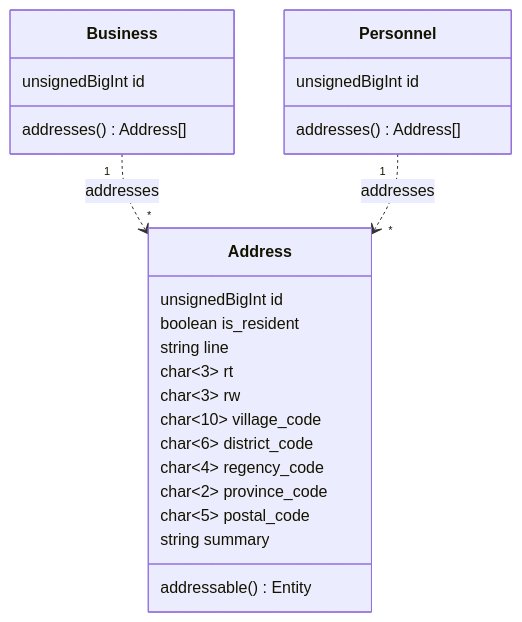
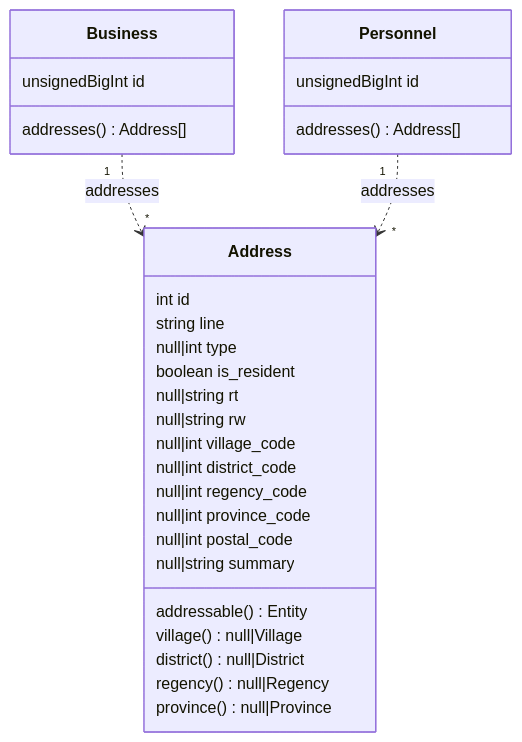
Before and after one commit to creasico/laravel-base: the sixth of 7 diagrams in database/README.md, drawn with Mermaid. The commit also changed other lines of this file and 7 other files, not shown here.

````diff
--- a/database/README.md
+++ b/database/README.md
@@ -424,28 +427,33 @@
 ```mermaid
 classDiagram
     Business "1" ..> "*" Address : addresses
     Personnel "1" ..> "*" Address : addresses
 
     class Address {
-        unsignedBigInt id
+        int id
+        string line
+        null|int type
         boolean is_resident
-        string line
-        char~3~ rt
-        char~3~ rw
-        char~10~ village_code
-        char~6~ district_code
-        char~4~ regency_code
-        char~2~ province_code
-        char~5~ postal_code
-        string summary
+        null|string rt
+        null|string rw
+        null|int village_code
+        null|int district_code
+        null|int regency_code
+        null|int province_code
+        null|int postal_code
+        null|string summary
         addressable() Entity
+        village() null|Village
+        district() null|District
+        regency() null|Regency
+        province() null|Province
     }
     class Business~Entity~ {
         unsignedBigInt id
         addresses() Address[]
     }
     class Personnel~Entity~ {
         unsignedBigInt id
         addresses() Address[]
     }
 ```
````
